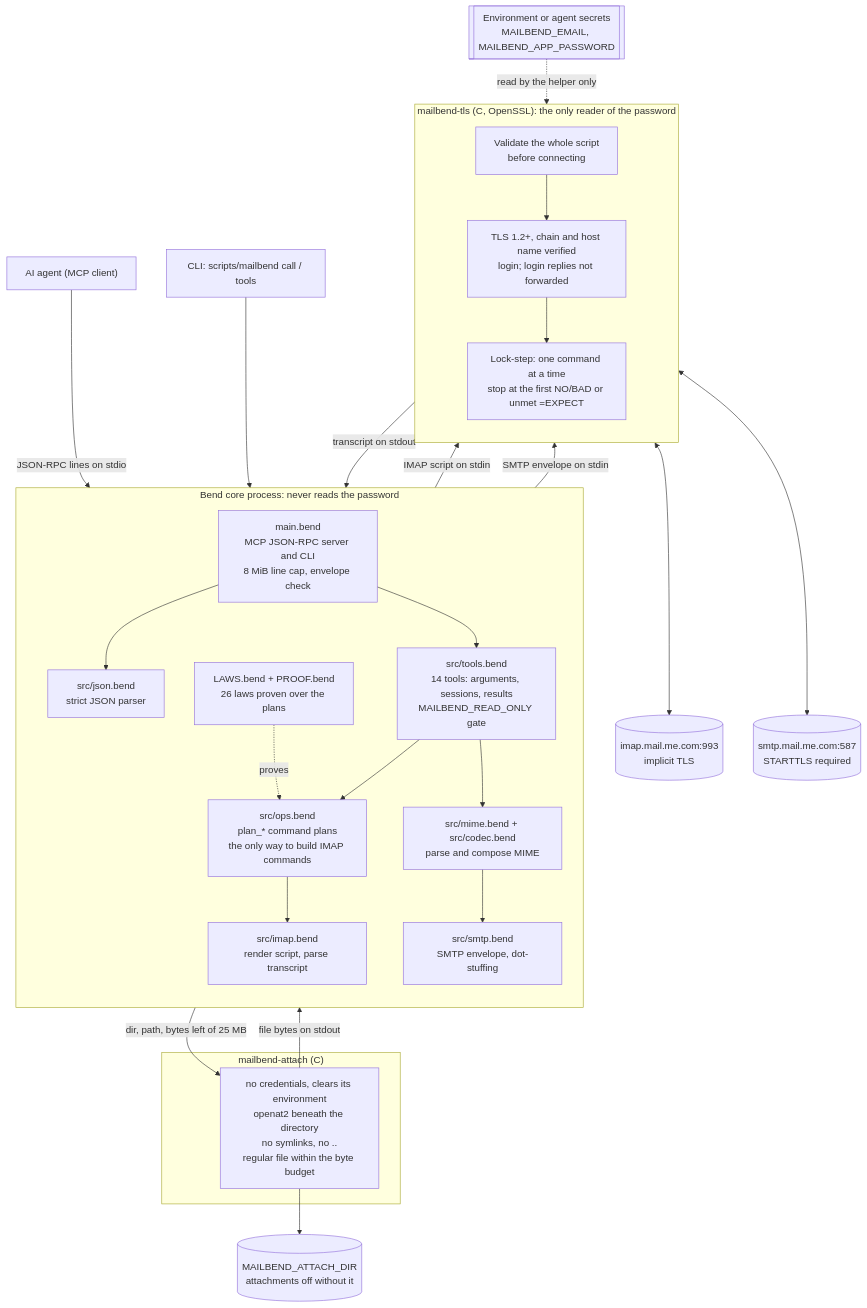
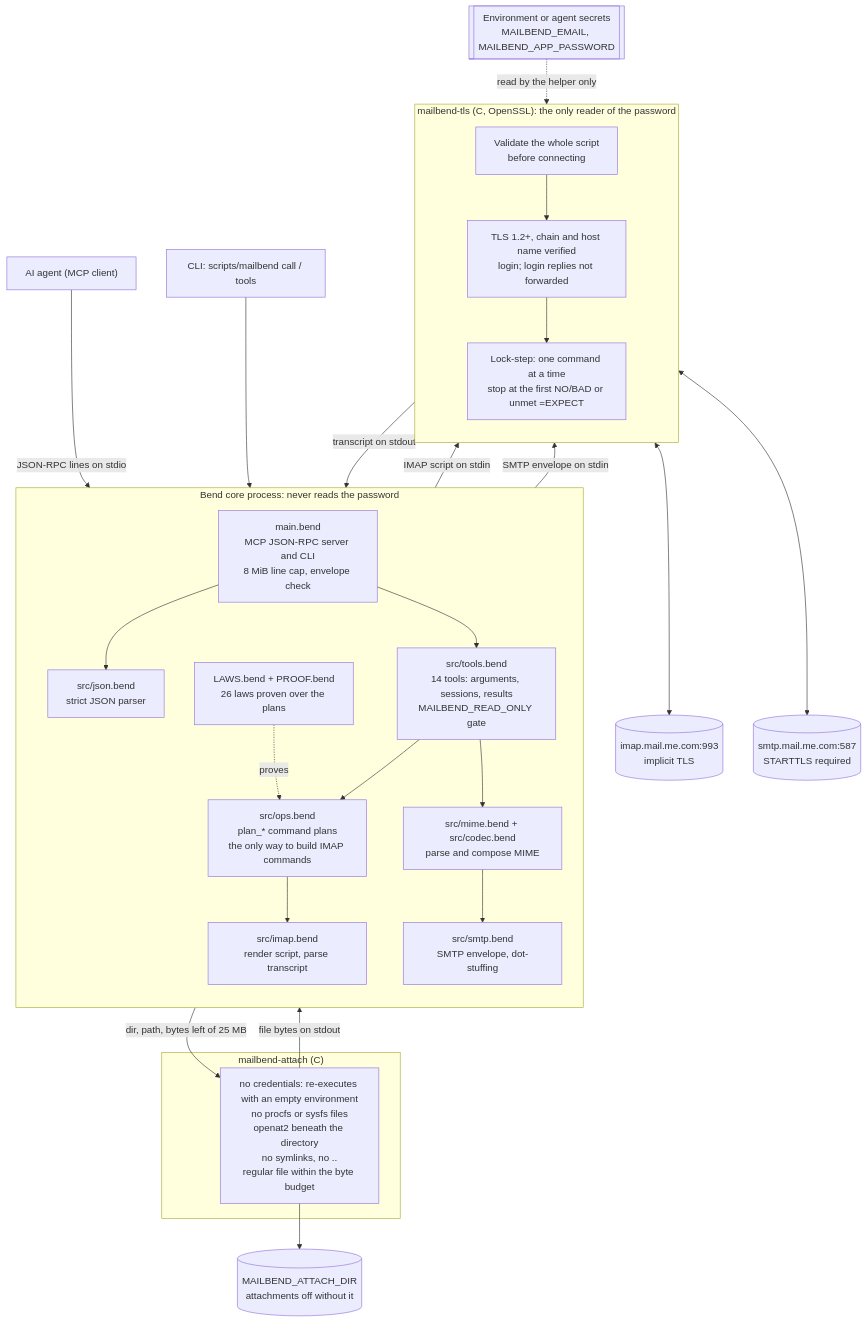
The first of 3 diagrams in docs/ARCHITECTURE.md (albertc71/MailBend), drawn with Mermaid before and after one commit. The commit also changed 10 other files, not shown here.

First line of the commit message:
fix: attachment reader starts with an empty environment; SMTP, folder and reply-all edge cases

````diff
--- a/docs/ARCHITECTURE.md
+++ b/docs/ARCHITECTURE.md
@@ -21,54 +21,54 @@
 ```mermaid
 flowchart TB
   agent["AI agent (MCP client)"]
   cli["CLI: scripts/mailbend call / tools"]
   env[["Environment or agent secrets<br/>MAILBEND_EMAIL, MAILBEND_APP_PASSWORD"]]
 
   subgraph core["Bend core process: never reads the password"]
     direction TB
     main["main.bend<br/>MCP JSON-RPC server and CLI<br/>8 MiB line cap, envelope check"]
     json["src/json.bend<br/>strict JSON parser"]
     tools["src/tools.bend<br/>14 tools: arguments, sessions, results<br/>MAILBEND_READ_ONLY gate"]
     ops["src/ops.bend<br/>plan_* command plans<br/>the only way to build IMAP commands"]
     laws["LAWS.bend + PROOF.bend<br/>26 laws proven over the plans"]
     imap["src/imap.bend<br/>render script, parse transcript"]
     mime["src/mime.bend + src/codec.bend<br/>parse and compose MIME"]
     smtp["src/smtp.bend<br/>SMTP envelope, dot-stuffing"]
   end
 
   subgraph helper["mailbend-tls (C, OpenSSL): the only reader of the password"]
     direction TB
     validate["Validate the whole script<br/>before connecting"]
     tls["TLS 1.2+, chain and host name verified<br/>login; login replies not forwarded"]
     lock["Lock-step: one command at a time<br/>stop at the first NO/BAD or unmet =EXPECT"]
   end
 
   subgraph reader["mailbend-attach (C)"]
-    attach["no credentials, clears its environment<br/>openat2 beneath the directory<br/>no symlinks, no ..<br/>regular file within the byte budget"]
+    attach["no credentials: re-executes with an empty environment<br/>no procfs or sysfs files<br/>openat2 beneath the directory<br/>no symlinks, no ..<br/>regular file within the byte budget"]
   end
 
   imapsrv[("imap.mail.me.com:993<br/>implicit TLS")]
   smtpsrv[("smtp.mail.me.com:587<br/>STARTTLS required")]
   files[("MAILBEND_ATTACH_DIR<br/>attachments off without it")]
 
   agent -- "JSON-RPC lines on stdio" --> main
   cli --> main
   main --> json
   main --> tools
   tools --> ops
   laws -. "proves" .-> ops
   ops --> imap
   tools --> mime
   mime --> smtp
   imap -- "IMAP script on stdin" --> validate
   smtp -- "SMTP envelope on stdin" --> validate
   validate --> tls
   tls --> lock
   lock <--> imapsrv
   lock <--> smtpsrv
   lock -- "transcript on stdout" --> imap
   tools -- "dir, path, bytes left of 25 MB" --> attach
   attach --> files
   attach -- "file bytes on stdout" --> tools
   env -. "read by the helper only" .-> tls
 ```
````
